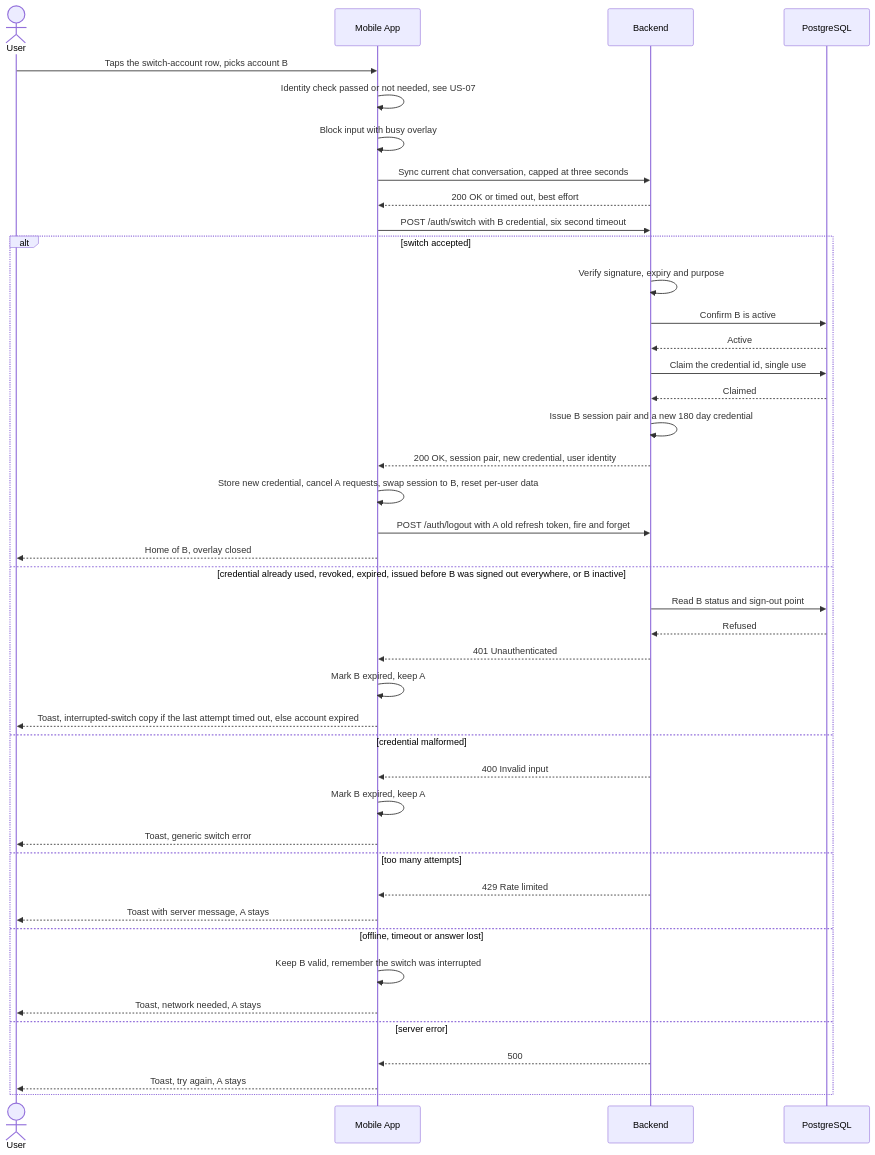
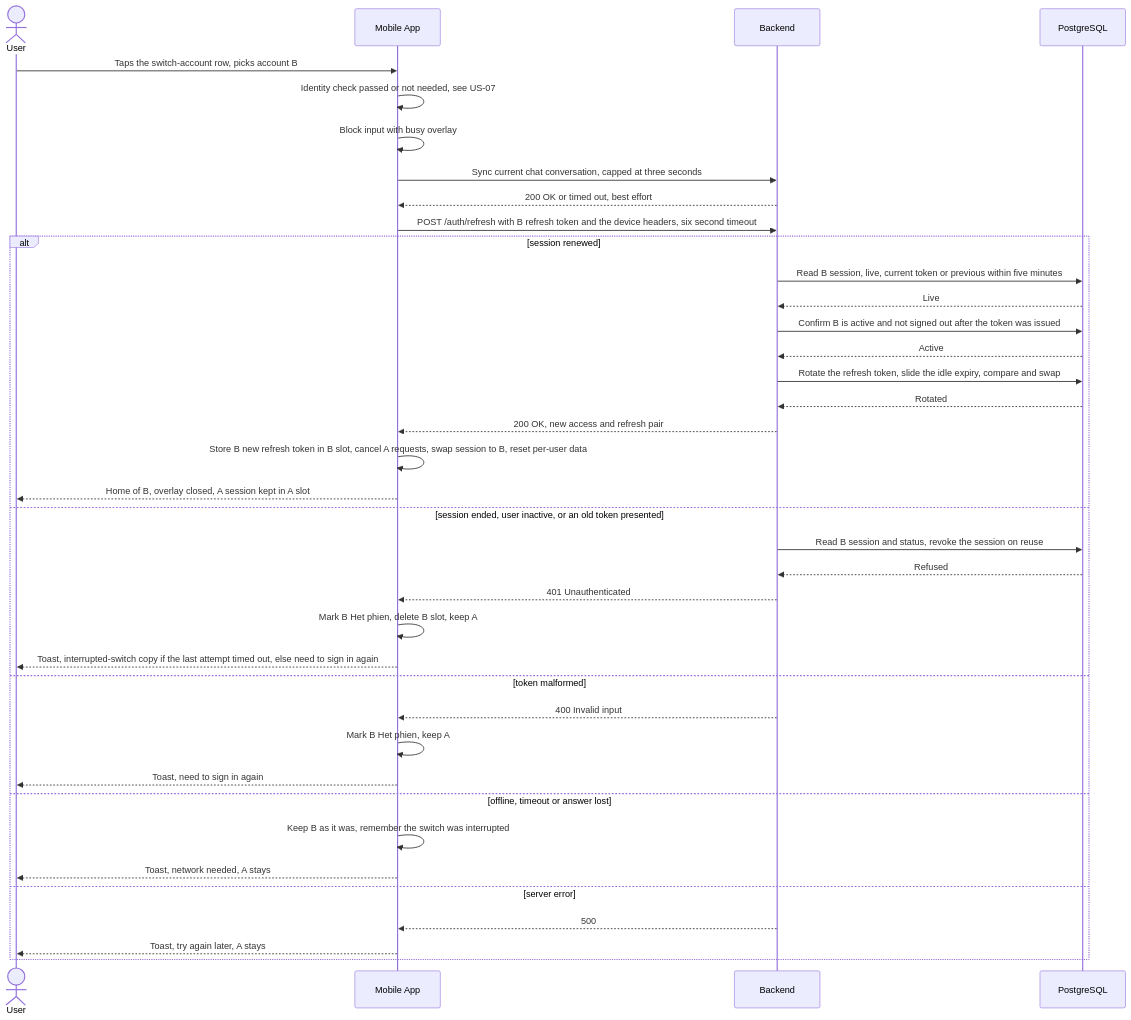
The second of 12 diagrams in specs/mobile-account-switch/plan.md (tommyledev-gif/pfm), drawn with Mermaid before and after one commit. The commit also changed other lines of this file and 115 other files, not shown here.

First line of the commit message:
feat: device-bound sessions, signed-in devices, change password, app lock

````diff
--- a/specs/mobile-account-switch/plan.md
+++ b/specs/mobile-account-switch/plan.md
@@ -290,45 +437,41 @@
 ```mermaid
 sequenceDiagram
     actor User
     participant App as Mobile App
     participant BE as Backend
     participant DB as PostgreSQL
 
     User->>App: Taps the switch-account row, picks account B
     App->>App: Identity check passed or not needed, see US-07
     App->>App: Block input with busy overlay
     App->>BE: Sync current chat conversation, capped at three seconds
     BE-->>App: 200 OK or timed out, best effort
-    App->>BE: POST /auth/switch with B credential, six second timeout
-    alt switch accepted
-        BE->>BE: Verify signature, expiry and purpose
-        BE->>DB: Confirm B is active
+    App->>BE: POST /auth/refresh with B refresh token and the device headers, six second timeout
+    alt session renewed
+        BE->>DB: Read B session, live, current token or previous within five minutes
+        DB-->>BE: Live
+        BE->>DB: Confirm B is active and not signed out after the token was issued
         DB-->>BE: Active
-        BE->>DB: Claim the credential id, single use
-        DB-->>BE: Claimed
-        BE->>BE: Issue B session pair and a new 180 day credential
-        BE-->>App: 200 OK, session pair, new credential, user identity
-        App->>App: Store new credential, cancel A requests, swap session to B, reset per-user data
-        App->>BE: POST /auth/logout with A old refresh token, fire and forget
-        App-->>User: Home of B, overlay closed
-    else credential already used, revoked, expired, issued before B was signed out everywhere, or B inactive
-        BE->>DB: Read B status and sign-out point
+        BE->>DB: Rotate the refresh token, slide the idle expiry, compare and swap
+        DB-->>BE: Rotated
+        BE-->>App: 200 OK, new access and refresh pair
+        App->>App: Store B new refresh token in B slot, cancel A requests, swap session to B, reset per-user data
+        App-->>User: Home of B, overlay closed, A session kept in A slot
+    else session ended, user inactive, or an old token presented
+        BE->>DB: Read B session and status, revoke the session on reuse
         DB-->>BE: Refused
         BE-->>App: 401 Unauthenticated
-        App->>App: Mark B expired, keep A
-        App-->>User: Toast, interrupted-switch copy if the last attempt timed out, else account expired
-    else credential malformed
+        App->>App: Mark B Het phien, delete B slot, keep A
+        App-->>User: Toast, interrupted-switch copy if the last attempt timed out, else need to sign in again
+    else token malformed
         BE-->>App: 400 Invalid input
-        App->>App: Mark B expired, keep A
-        App-->>User: Toast, generic switch error
-    else too many attempts
-        BE-->>App: 429 Rate limited
-        App-->>User: Toast with server message, A stays
+        App->>App: Mark B Het phien, keep A
+        App-->>User: Toast, need to sign in again
     else offline, timeout or answer lost
-        App->>App: Keep B valid, remember the switch was interrupted
+        App->>App: Keep B as it was, remember the switch was interrupted
         App-->>User: Toast, network needed, A stays
     else server error
         BE-->>App: 500
-        App-->>User: Toast, try again, A stays
+        App-->>User: Toast, try again later, A stays
     end
 ```
````
